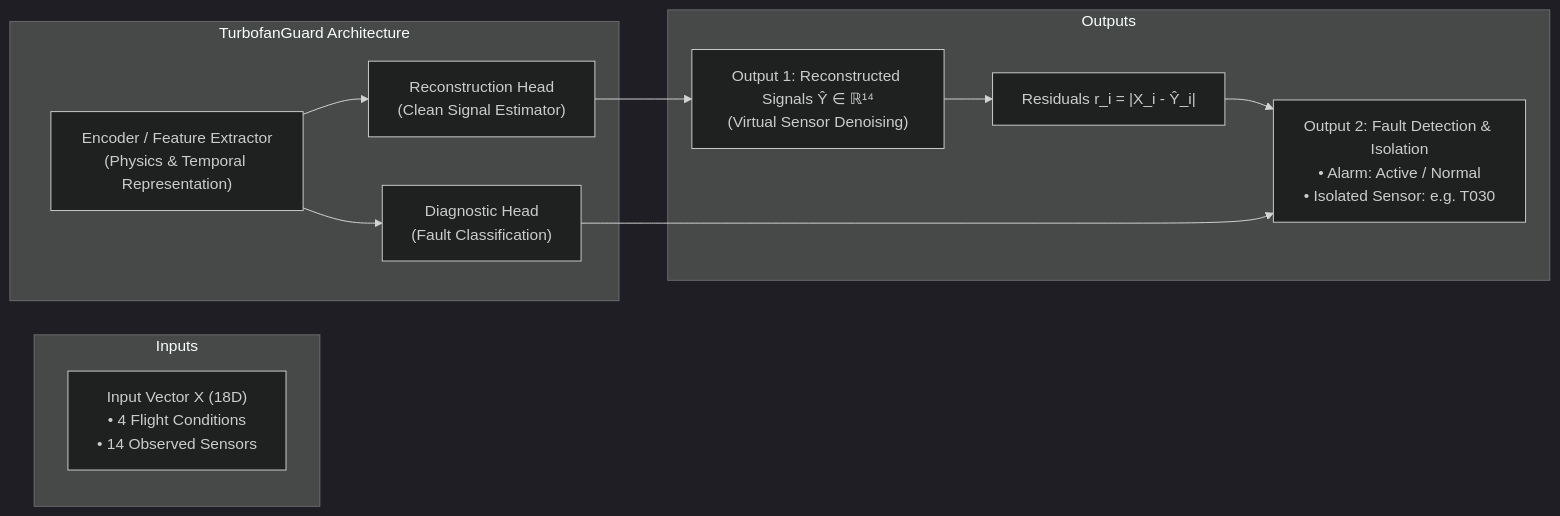
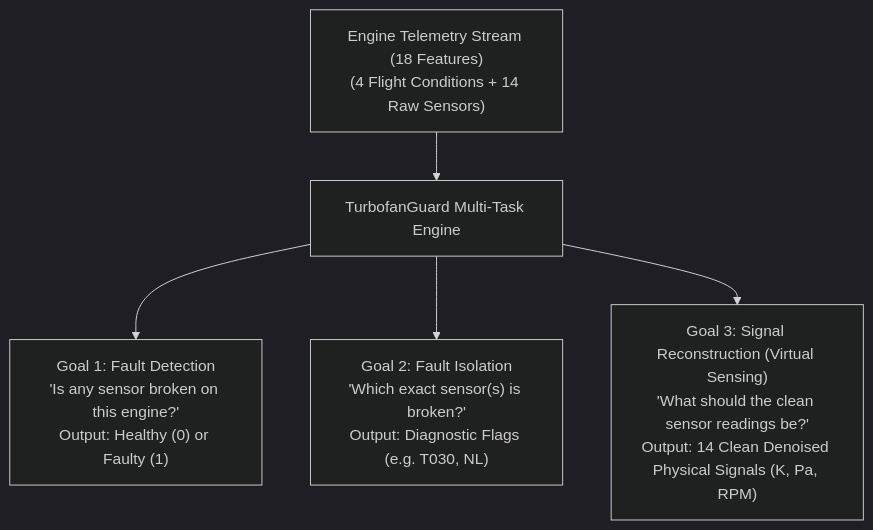
Before and after one commit to atulyasharan29/Turbofan-Guard: the first of 4 diagrams in docs/ml_architecture_strategy.md, drawn with Mermaid (dark theme). The commit also changed other lines of this file and 13 other files, not shown here.

Commit message:
feat: implement backbone architecture and comprehensive ML documentation suite

````diff
--- a/docs/ml_architecture_strategy.md
+++ b/docs/ml_architecture_strategy.md
@@ -12,24 +11,8 @@
 ```mermaid
-flowchart LR
-    subgraph Inputs
-        X["Input Vector X (18D)<br/>• 4 Flight Conditions<br/>• 14 Observed Sensors"]
-    end
-
-    subgraph TurbofanGuard["TurbofanGuard Architecture"]
-        Enc["Encoder / Feature Extractor<br/>(Physics & Temporal Representation)"]
-        H1["Reconstruction Head<br/>(Clean Signal Estimator)"]
-        H2["Diagnostic Head<br/>(Fault Classification)"]
-        Enc --> H1
-        Enc --> H2
-    end
-
-    subgraph Outputs
-        Y_hat["Output 1: Reconstructed Signals Ŷ ∈ ℝ¹⁴<br/>(Virtual Sensor Denoising)"]
-        Res["Residuals r_i = |X_i - Ŷ_i|"]
-        FDI["Output 2: Fault Detection & Isolation<br/>• Alarm: Active / Normal<br/>• Isolated Sensor: e.g. T030"]
-        H1 --> Y_hat
-        Y_hat --> Res
-        Res --> FDI
-        H2 --> FDI
-    end
+flowchart TD
+    Stream["Engine Telemetry Stream (18 Features)<br/>(4 Flight Conditions + 14 Raw Sensors)"] --> TG["TurbofanGuard Multi-Task Engine"]
+    
+    TG --> G1["Goal 1: Fault Detection<br/>'Is any sensor broken on this engine?'<br/>Output: Healthy (0) or Faulty (1)"]
+    TG --> G2["Goal 2: Fault Isolation<br/>'Which exact sensor(s) is broken?'<br/>Output: Diagnostic Flags (e.g. T030, NL)"]
+    TG --> G3["Goal 3: Signal Reconstruction (Virtual Sensing)<br/>'What should the clean sensor readings be?'<br/>Output: 14 Clean Denoised Physical Signals (K, Pa, RPM)"]
 ```
````
